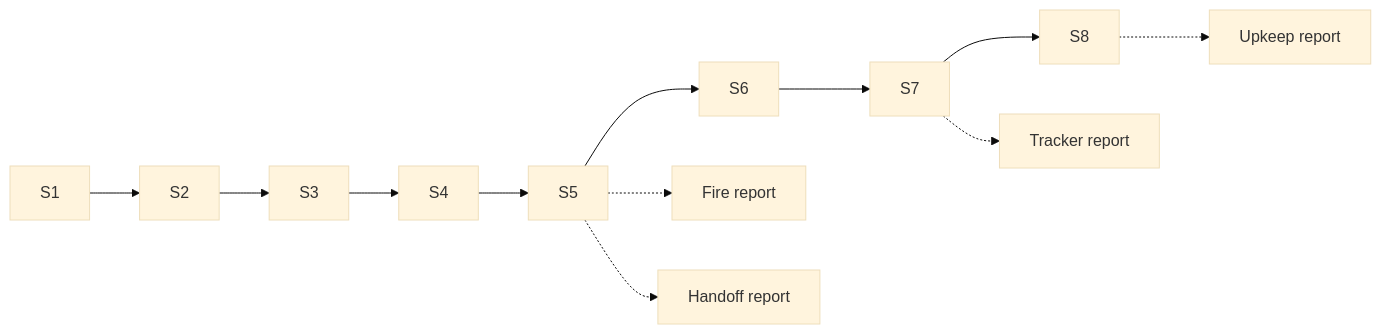
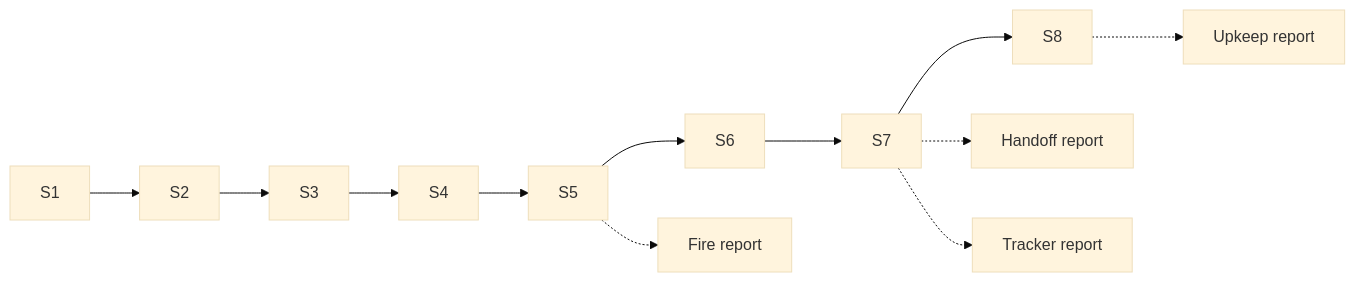
One commit to Calyx-Engineering/arc changed the diagram in docs/arc-work/04-dogfood/playlist.md. Above: the diagram before and after it, drawn with Mermaid (base theme). The commit also changed other lines of this file and 1 other file, not shown here.

First line of the commit message:
docs: Fire and Handoff boundary reports; playlist gains H5, U10, U11

````diff
--- a/docs/arc-work/04-dogfood/playlist.md
+++ b/docs/arc-work/04-dogfood/playlist.md
@@ -90,8 +93,8 @@
 ```mermaid
 flowchart LR
   S1 --> S2 --> S3 --> S4 --> S5 --> S6 --> S7 --> S8
   S5 -.-> RF["Fire report"]
-  S5 -.-> RH["Handoff report"]
+  S7 -.-> RH["Handoff report"]
   S7 -.-> RT["Tracker report"]
   S8 -.-> RU["Upkeep report"]
 ```
````
